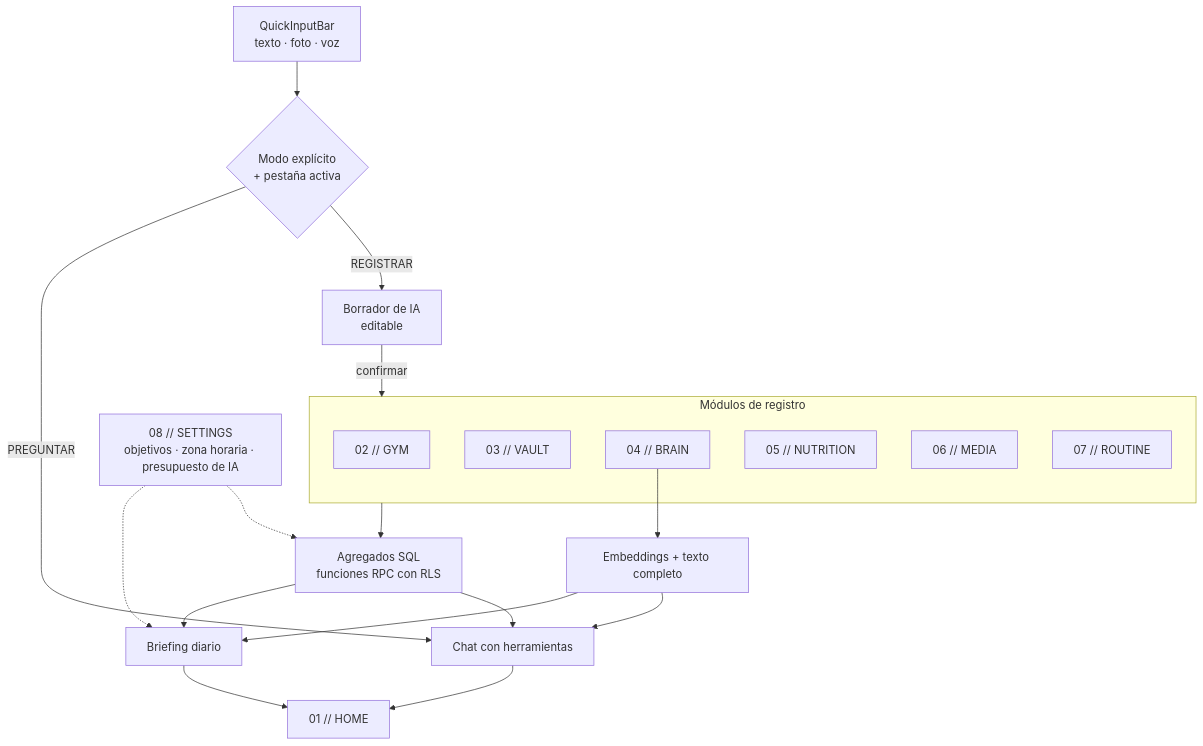
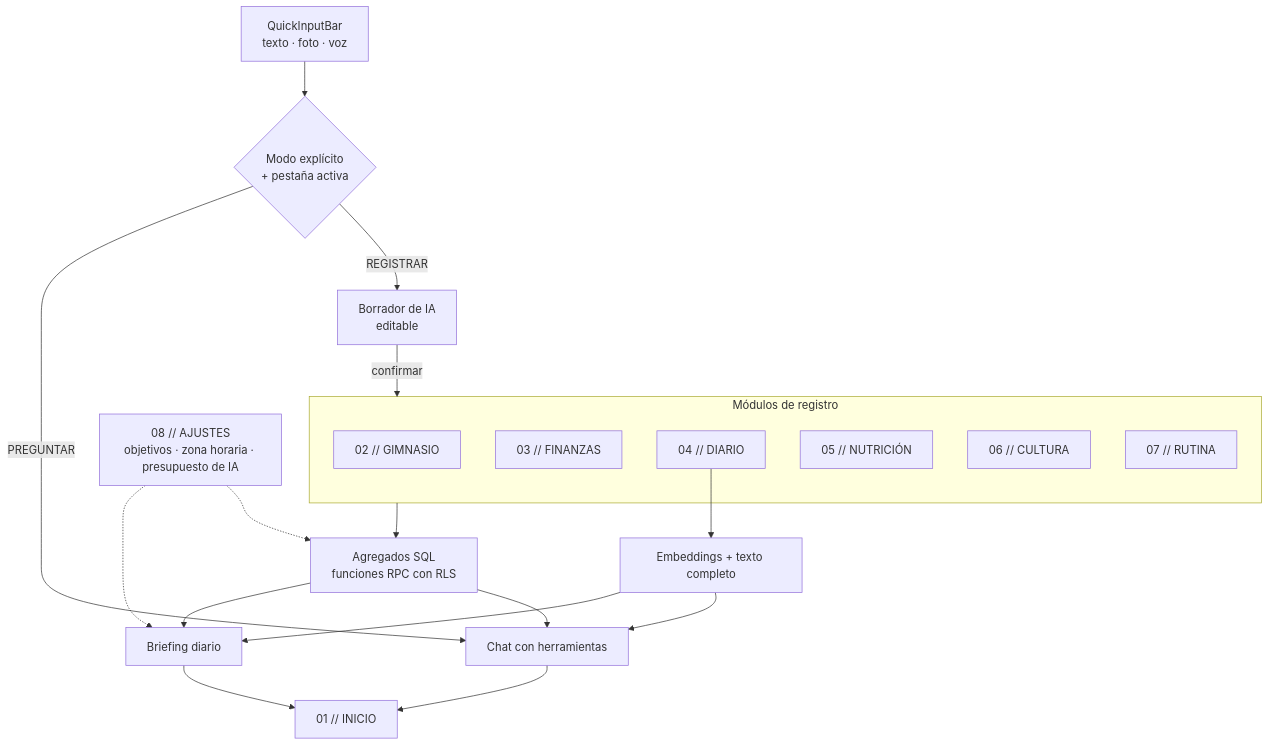
One commit to Adriiiii24/FOLIO changed the first of 6 diagrams in docs/PROPOSAL.md. Above: the diagram before and after it, drawn with Mermaid. The commit also changed other lines of this file and 7 other files, not shown here.

````diff
--- a/docs/PROPOSAL.md
+++ b/docs/PROPOSAL.md
@@ -109,25 +109,25 @@
 ```mermaid
 flowchart TB
     QI["QuickInputBar<br/>texto · foto · voz"] --> MODE{"Modo explícito<br/>+ pestaña activa"}
     MODE -->|"REGISTRAR"| DRAFT["Borrador de IA<br/>editable"]
     MODE -->|"PREGUNTAR"| CHAT["Chat con herramientas"]
     DRAFT -->|"confirmar"| MODS
     subgraph MODS ["Módulos de registro"]
-        GYM["02 // GYM"]
-        VAULT["03 // VAULT"]
-        BRAIN["04 // BRAIN"]
-        NUT["05 // NUTRITION"]
-        MEDIA["06 // MEDIA"]
-        ROUT["07 // ROUTINE"]
+        GYM["02 // GIMNASIO"]
+        VAULT["03 // FINANZAS"]
+        BRAIN["04 // DIARIO"]
+        NUT["05 // NUTRICIÓN"]
+        MEDIA["06 // CULTURA"]
+        ROUT["07 // RUTINA"]
     end
     MODS --> AGG["Agregados SQL<br/>funciones RPC con RLS"]
     BRAIN --> VEC["Embeddings + texto completo"]
     AGG --> CHAT
     VEC --> CHAT
     AGG --> BRIEF["Briefing diario"]
     VEC --> BRIEF
-    BRIEF --> HOME["01 // HOME"]
+    BRIEF --> HOME["01 // INICIO"]
     CHAT --> HOME
-    SET["08 // SETTINGS<br/>objetivos · zona horaria · presupuesto de IA"] -.-> AGG
+    SET["08 // AJUSTES<br/>objetivos · zona horaria · presupuesto de IA"] -.-> AGG
     SET -.-> BRIEF
 ```
````
